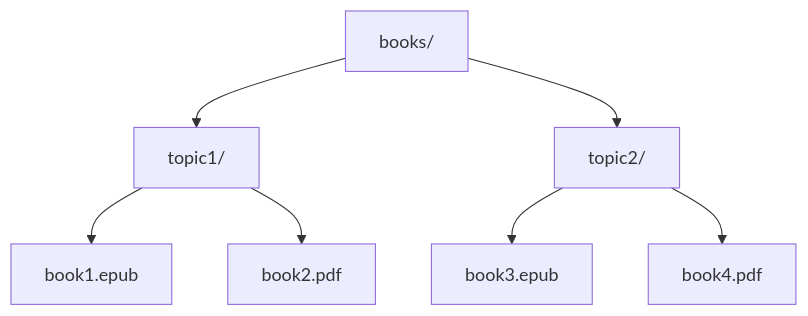
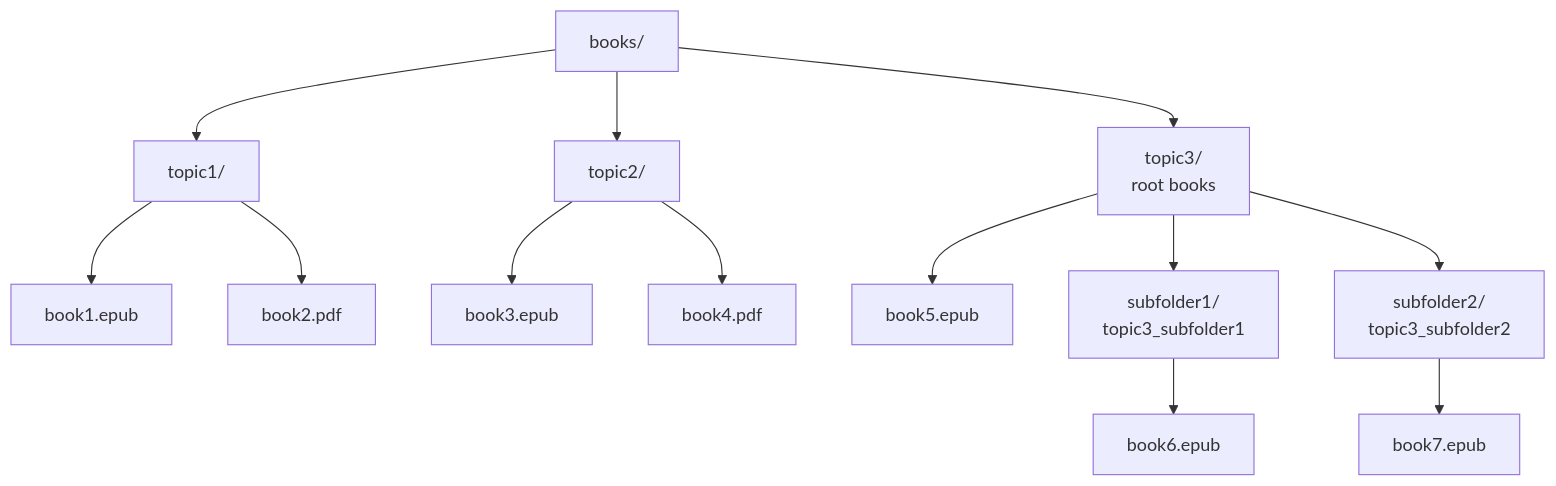
One commit to nonlinear/personal-library changed the second of 2 diagrams in README.md. Above: the diagram before and after it, drawn with Mermaid. The commit also changed other lines of this file and 11 other files, not shown here.

````diff
--- a/README.md
+++ b/README.md
@@ -71,9 +74,19 @@
 ```mermaid
 graph TD
     A[books/] --> B[topic1/]
     A --> C[topic2/]
+    A --> H[topic3/]
+
     B --> D[book1.epub]
     B --> E[book2.pdf]
+
     C --> F[book3.epub]
     C --> G[book4.pdf]
+
+    H[topic3/<br/>root books] --> I[book5.epub]
+    H --> J[subfolder1/<br/>topic3_subfolder1]
+    H --> K[subfolder2/<br/>topic3_subfolder2]
+
+    J --> L[book6.epub]
+    K --> M[book7.epub]
 ```
````
